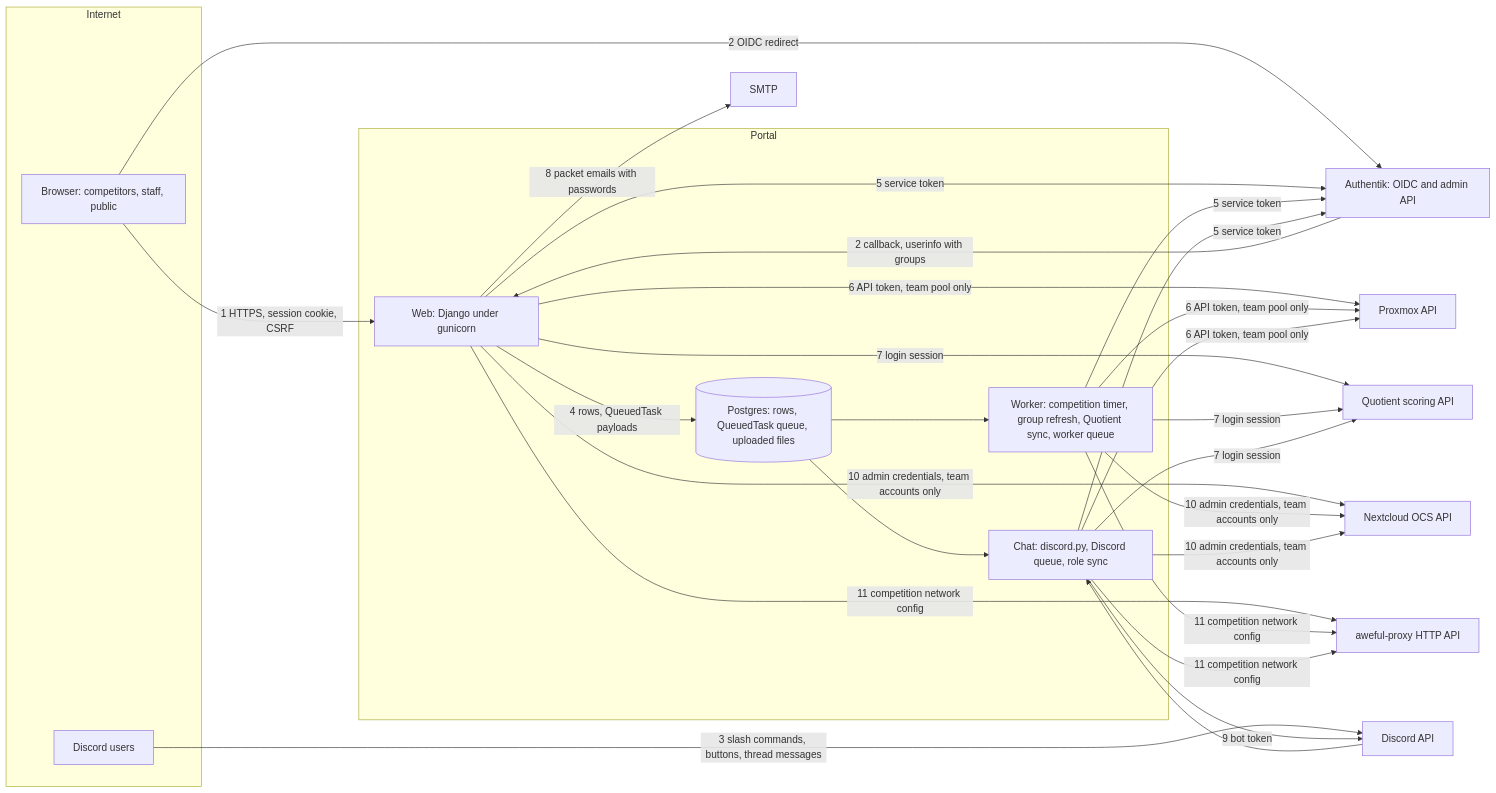
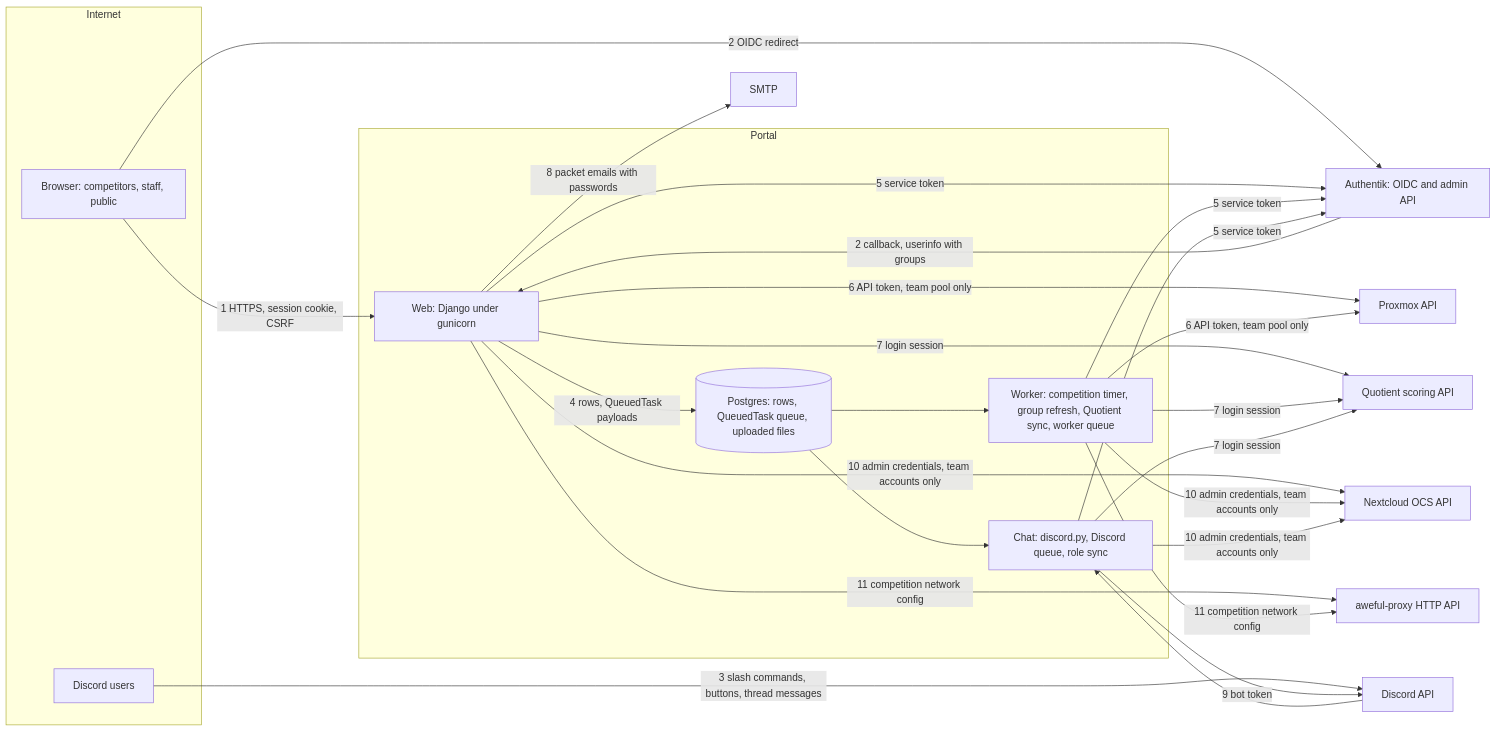
One commit to wccomps/wccomps-portal changed the diagram in THREAT_MODEL.md. Above: the diagram before and after it, drawn with Mermaid. The commit also changed other lines of this file and 7 other files, not shown here.

````diff
--- a/THREAT_MODEL.md
+++ b/THREAT_MODEL.md
@@ -50,33 +50,33 @@
 ```mermaid
 flowchart LR
     subgraph Internet
         B[Browser: competitors, staff, public]
         D[Discord users]
     end
     subgraph Portal
         W[Web: Django under gunicorn]
         Q[(Postgres: rows, QueuedTask queue, uploaded files)]
         K[Worker: competition timer, group refresh, Quotient sync, worker queue]
         C[Chat: discord.py, Discord queue, role sync]
     end
     A[Authentik: OIDC and admin API]
     P[Proxmox API]
     S[Quotient scoring API]
     N[Nextcloud OCS API]
     X[aweful-proxy HTTP API]
     M[SMTP]
     G[Discord API]
     B -- "1 HTTPS, session cookie, CSRF" --> W
     B -- "2 OIDC redirect" --> A
     A -- "2 callback, userinfo with groups" --> W
     D -- "3 slash commands, buttons, thread messages" --> G --> C
     W -- "4 rows, QueuedTask payloads" --> Q
     Q --> K & C
     W & K & C -- "5 service token" --> A
-    W & K & C -- "6 API token, team pool only" --> P
+    W & K -- "6 API token, team pool only" --> P
     W & K & C -- "7 login session" --> S
     W -- "8 packet emails with passwords" --> M
     C -- "9 bot token" --> G
     W & K & C -- "10 admin credentials, team accounts only" --> N
-    W & K & C -- "11 competition network config" --> X
+    W & K -- "11 competition network config" --> X
 ```
````
